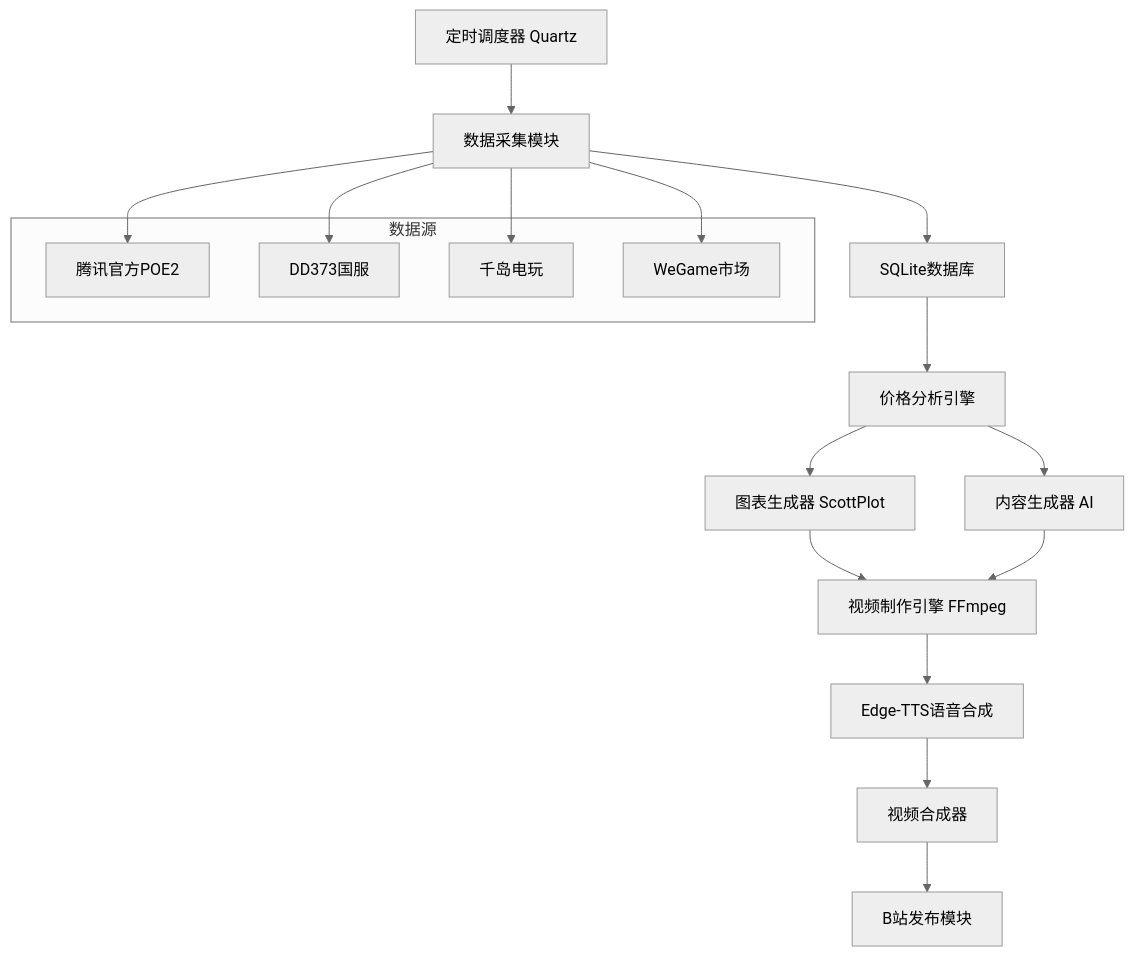
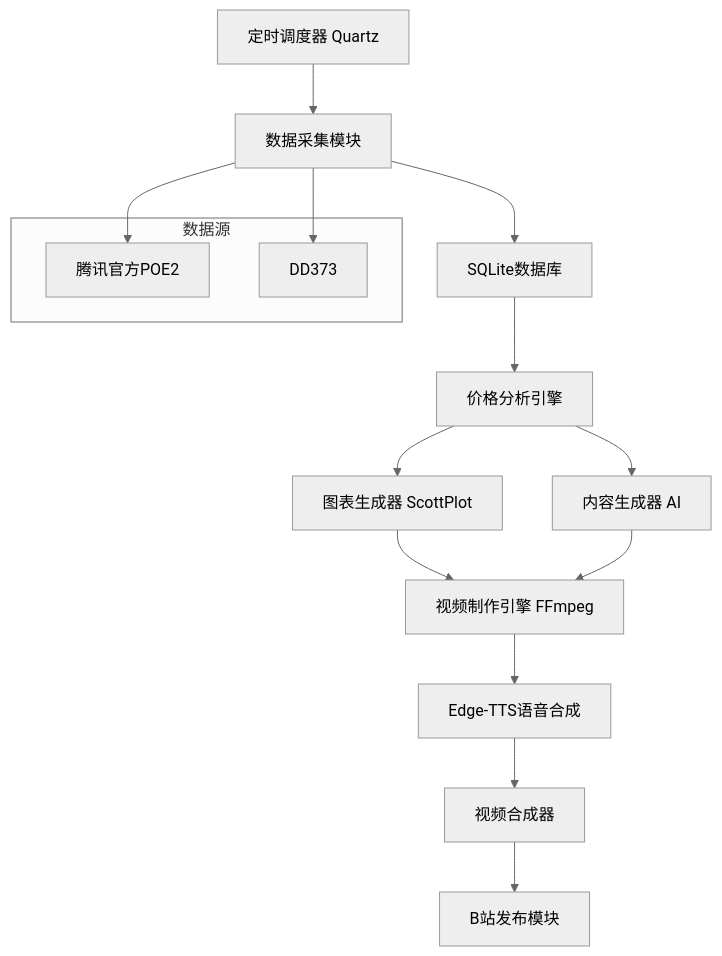
The diagram in README.md (DeveilMayCry/POE2Finance), drawn with Mermaid (neutral theme) before and after one commit. The commit also changed other lines of this file and 3 other files, not shown here.

````diff
--- a/README.md
+++ b/README.md
@@ -45,25 +45,21 @@
 ```mermaid
 graph TB
     A[定时调度器 Quartz] --> B[数据采集模块]
     B --> C[SQLite数据库]
     C --> D[价格分析引擎]
     D --> E[图表生成器 ScottPlot]
     D --> F[内容生成器 AI]
     E --> G[视频制作引擎 FFmpeg]
     F --> G
     G --> H[Edge-TTS语音合成]
     H --> I[视频合成器]
     I --> J[B站发布模块]
     
     subgraph "数据源"
         K[腾讯官方POE2]
-        L[DD373国服]
-        M[千岛电玩]
-        N[WeGame市场]
+        L[DD373]
     end
     
     B --> K
     B --> L
-    B --> M
-    B --> N
 ```
````
